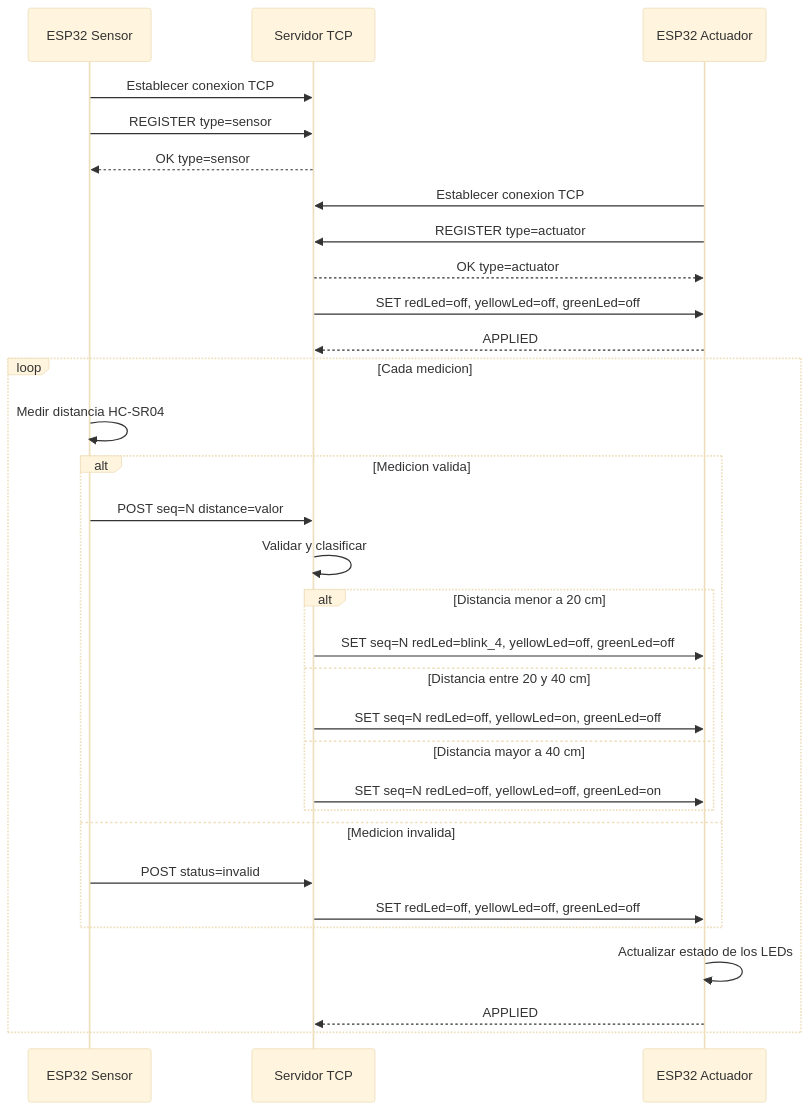
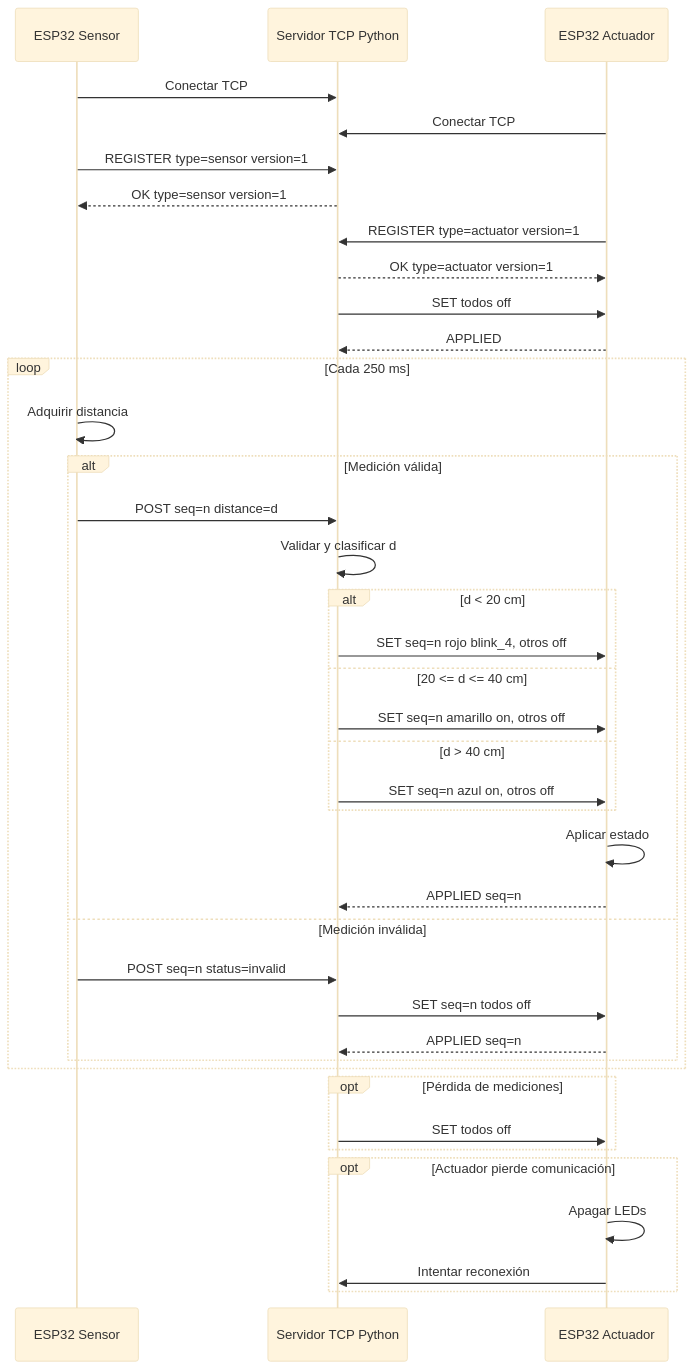
The third of 3 diagrams in informe.md (LuEscobarG/Practica2-IoT), drawn with Mermaid (base theme) before and after one commit. The commit also changed other lines of this file and 32 other files, not shown here.

````diff
--- a/informe.md
+++ b/informe.md
@@ -171,39 +311,52 @@
 ```mermaid
 sequenceDiagram
     participant S as ESP32 Sensor
-    participant SV as Servidor TCP
+    participant P as Servidor TCP Python
     participant A as ESP32 Actuador
 
-    S->>SV: Establecer conexion TCP
-    S->>SV: REGISTER type=sensor
-    SV-->>S: OK type=sensor
+    S->>P: Conectar TCP
+    A->>P: Conectar TCP
 
-    A->>SV: Establecer conexion TCP
-    A->>SV: REGISTER type=actuator
-    SV-->>A: OK type=actuator
-    SV->>A: SET redLed=off, yellowLed=off, greenLed=off
-    A-->>SV: APPLIED
-    loop Cada medicion
-        S->>S: Medir distancia HC-SR04
+    S->>P: REGISTER type=sensor version=1
+    P-->>S: OK type=sensor version=1
 
-        alt Medicion valida
-            S->>SV: POST seq=N distance=valor
-            SV->>SV: Validar y clasificar
+    A->>P: REGISTER type=actuator version=1
+    P-->>A: OK type=actuator version=1
 
-            alt Distancia menor a 20 cm
-                SV->>A: SET seq=N redLed=blink_4, yellowLed=off, greenLed=off
-            else Distancia entre 20 y 40 cm
-                SV->>A: SET seq=N redLed=off, yellowLed=on, greenLed=off
-            else Distancia mayor a 40 cm
-                SV->>A: SET seq=N redLed=off, yellowLed=off, greenLed=on
+    P->>A: SET todos off
+    A-->>P: APPLIED
+
+    loop Cada 250 ms
+        S->>S: Adquirir distancia
+
+        alt Medición válida
+            S->>P: POST seq=n distance=d
+            P->>P: Validar y clasificar d
+
+            alt d < 20 cm
+                P->>A: SET seq=n rojo blink_4, otros off
+            else 20 <= d <= 40 cm
+                P->>A: SET seq=n amarillo on, otros off
+            else d > 40 cm
+                P->>A: SET seq=n azul on, otros off
             end
 
-        else Medicion invalida
-            S->>SV: POST status=invalid
-            SV->>A: SET redLed=off, yellowLed=off, greenLed=off
+            A->>A: Aplicar estado
+            A-->>P: APPLIED seq=n
+
+        else Medición inválida
+            S->>P: POST seq=n status=invalid
+            P->>A: SET seq=n todos off
+            A-->>P: APPLIED seq=n
         end
+    end
 
-        A->>A: Actualizar estado de los LEDs
-        A-->>SV: APPLIED
+    opt Pérdida de mediciones
+        P->>A: SET todos off
+    end
+
+    opt Actuador pierde comunicación
+        A->>A: Apagar LEDs
+        A->>P: Intentar reconexión
     end
 ```
````
